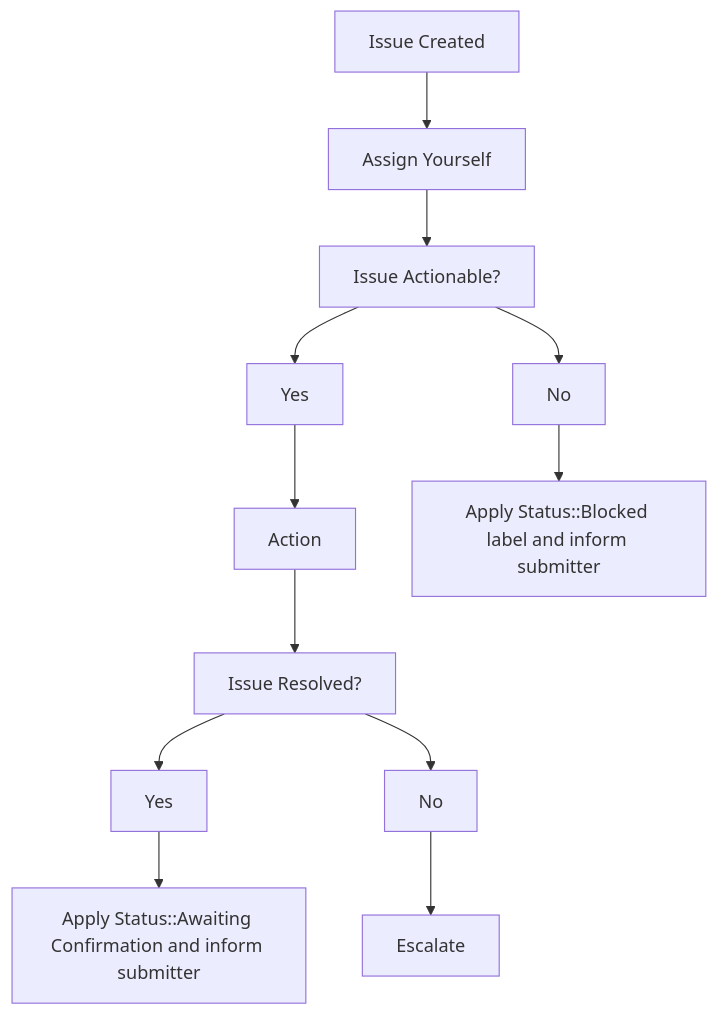
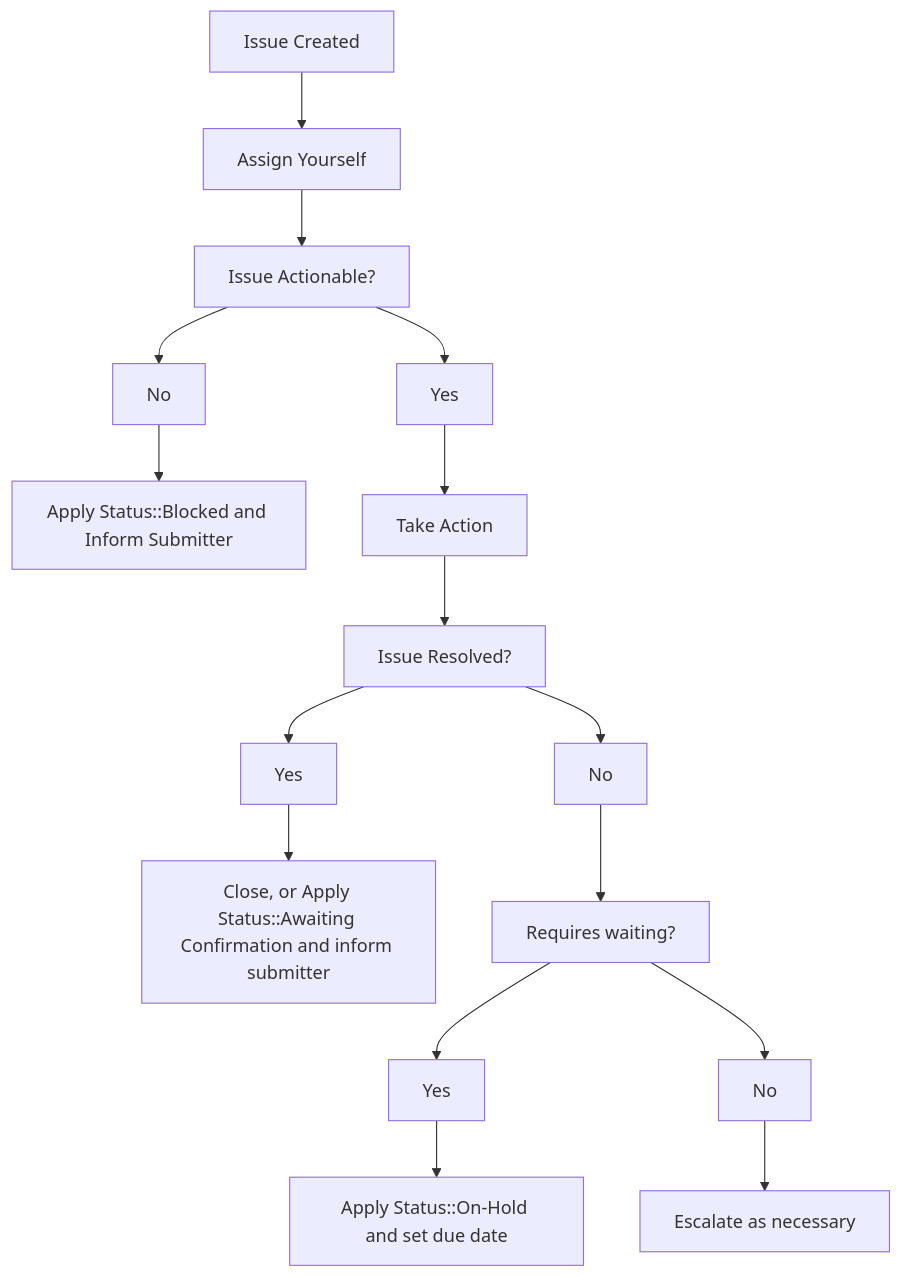
Before and after one commit to secretstartups/handbook: the diagram in support/workflows/internal_requests.html.md, drawn with Mermaid. The commit also changed other lines of this file, not shown here.

````diff
--- a/support/workflows/internal_requests.html.md
+++ b/support/workflows/internal_requests.html.md
@@ -41,14 +23,18 @@
 ```mermaid
 graph TD;
   A[Issue Created]-->B[Assign Yourself];
   B-->C[Issue Actionable?];
-  C-->E[Yes];
-  E-->F[Action];
-  F-->G[Issue Resolved?];
-  G-->H[Yes];
-  H-->I[Apply Status::Awaiting Confirmation and inform submitter];
-  G-->L[No];
-  L-->M[Escalate];
   C-->J[No];
-  J-->K[Apply Status::Blocked label and inform submitter];
+  J-->K[Apply Status::Blocked and Inform Submitter];
+  C-->D[Yes];
+  D-->E[Take Action];
+  E-->F[Issue Resolved?];
+  F-->G[Yes];
+  G-->H[Close, or Apply Status::Awaiting Confirmation and inform submitter];
+  F-->I[No];
+  I-->L[Requires waiting?];
+  L-->M[Yes];
+  M-->N[Apply Status::On-Hold and set due date];
+  L-->O[No];
+  O-->P[Escalate as necessary];
 ```
````
